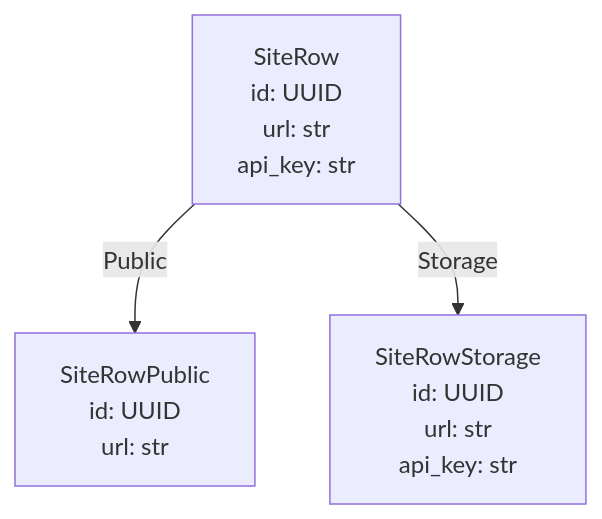
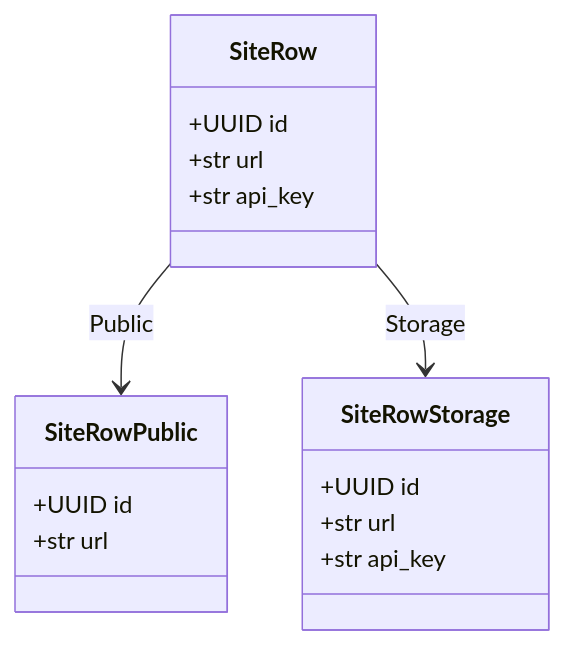
One commit to release-art/pydantic-prism changed the second of 2 diagrams in examples/custom_base/README.md. Above: the diagram before and after it, drawn with Mermaid. The commit also changed other lines of this file and 7 other files, not shown here.

````diff
--- a/examples/custom_base/README.md
+++ b/examples/custom_base/README.md
@@ -17,9 +17,20 @@
 ```mermaid
-graph TD
-    SiteRow["SiteRow<br/>id: UUID<br/>url: str<br/>api_key: str"]
-    SiteRowPublic["SiteRowPublic<br/>id: UUID<br/>url: str"]
-    SiteRowStorage["SiteRowStorage<br/>id: UUID<br/>url: str<br/>api_key: str"]
-    SiteRow -->|"Public"| SiteRowPublic
-    SiteRow -->|"Storage"| SiteRowStorage
-    classDef partial stroke-dasharray: 5 5;
+classDiagram
+    direction TB
+    class SiteRow {
+        +UUID id
+        +str url
+        +str api_key
+    }
+    class SiteRowPublic {
+        +UUID id
+        +str url
+    }
+    class SiteRowStorage {
+        +UUID id
+        +str url
+        +str api_key
+    }
+    SiteRow --> SiteRowPublic : Public
+    SiteRow --> SiteRowStorage : Storage
 ```
````
